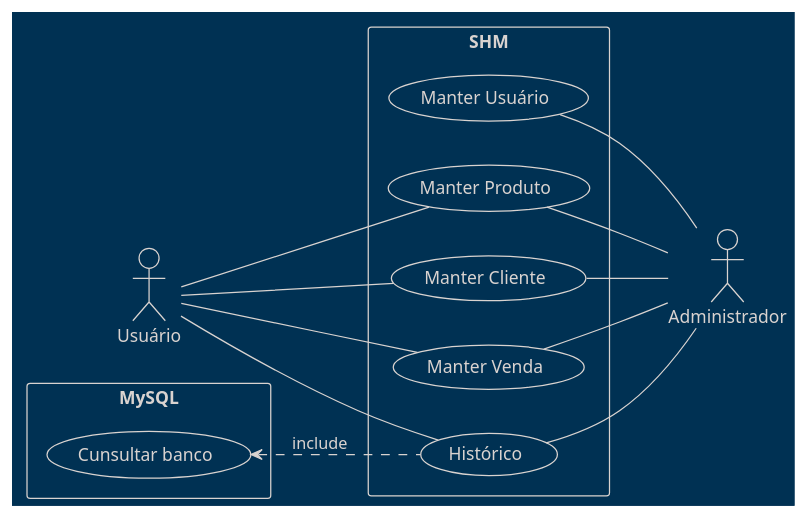
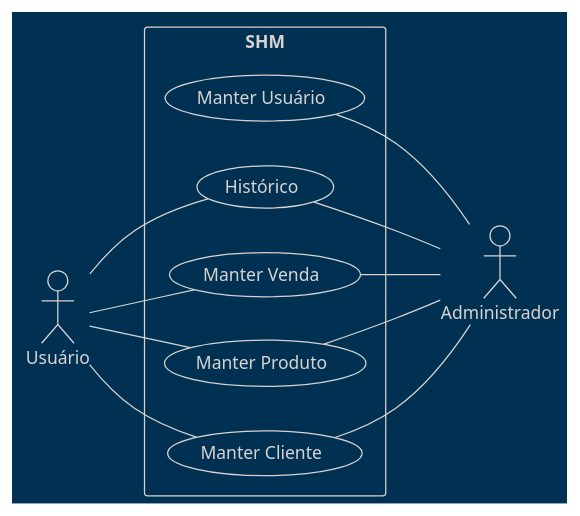
Before and after one commit to Flaigor/SalesHistoryManager: the diagram in docs/uml/UseCase/UseCase.plantuml, drawn with PlantUML. The commit also changed 6 other files, not shown here.

Commit message:
Padronizando os diagramas

```diff
--- a/docs/uml/UseCase/UseCase.plantuml
+++ b/docs/uml/UseCase/UseCase.plantuml
@@ -1,24 +1,20 @@
 @startuml
 !theme blueprint
 left to right direction
 
 actor "Administrador" as Admin
 actor "Usuário" as User
 
 rectangle SHM {
 Admin -up- (Manter Cliente)
 Admin -up- (Manter Produto)
 Admin -up- (Manter Venda)
 Admin -up- (Histórico)
 Admin -up- (Manter Usuário)
 
 User -- (Manter Cliente)
 User -- (Manter Produto)
 User -- (Manter Venda)
 User -- (Histórico)
 }
-
-rectangle MySQL {
-(Cunsultar banco) <.. (Histórico) : include
-}
 @enduml
```
